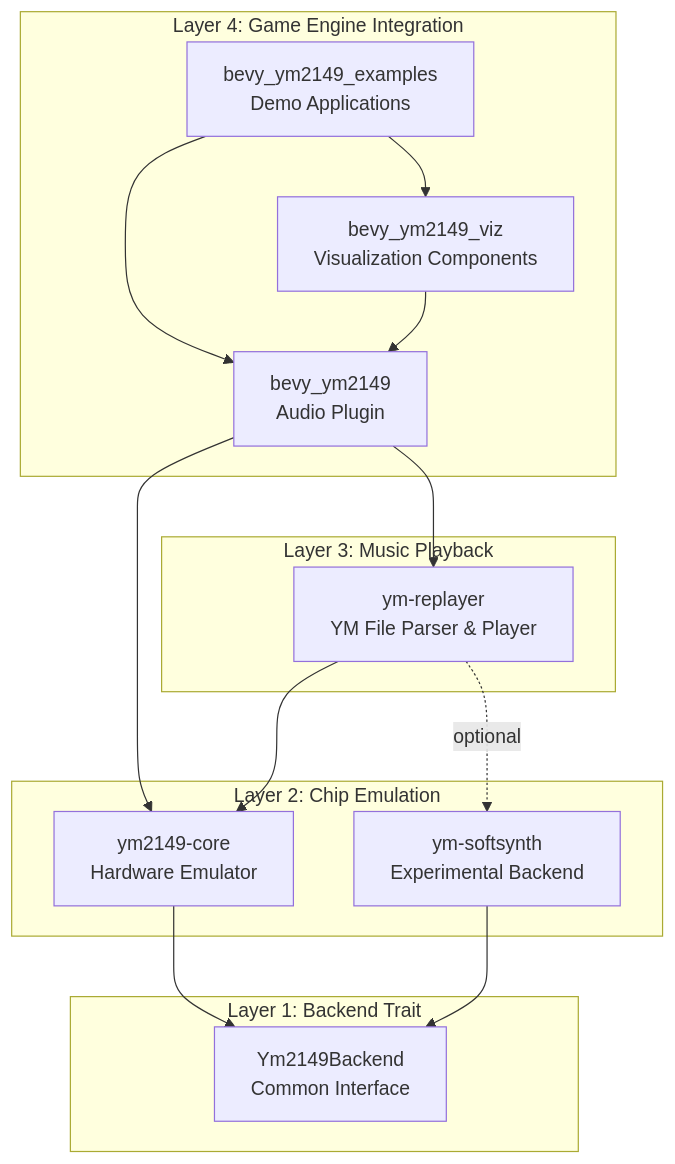
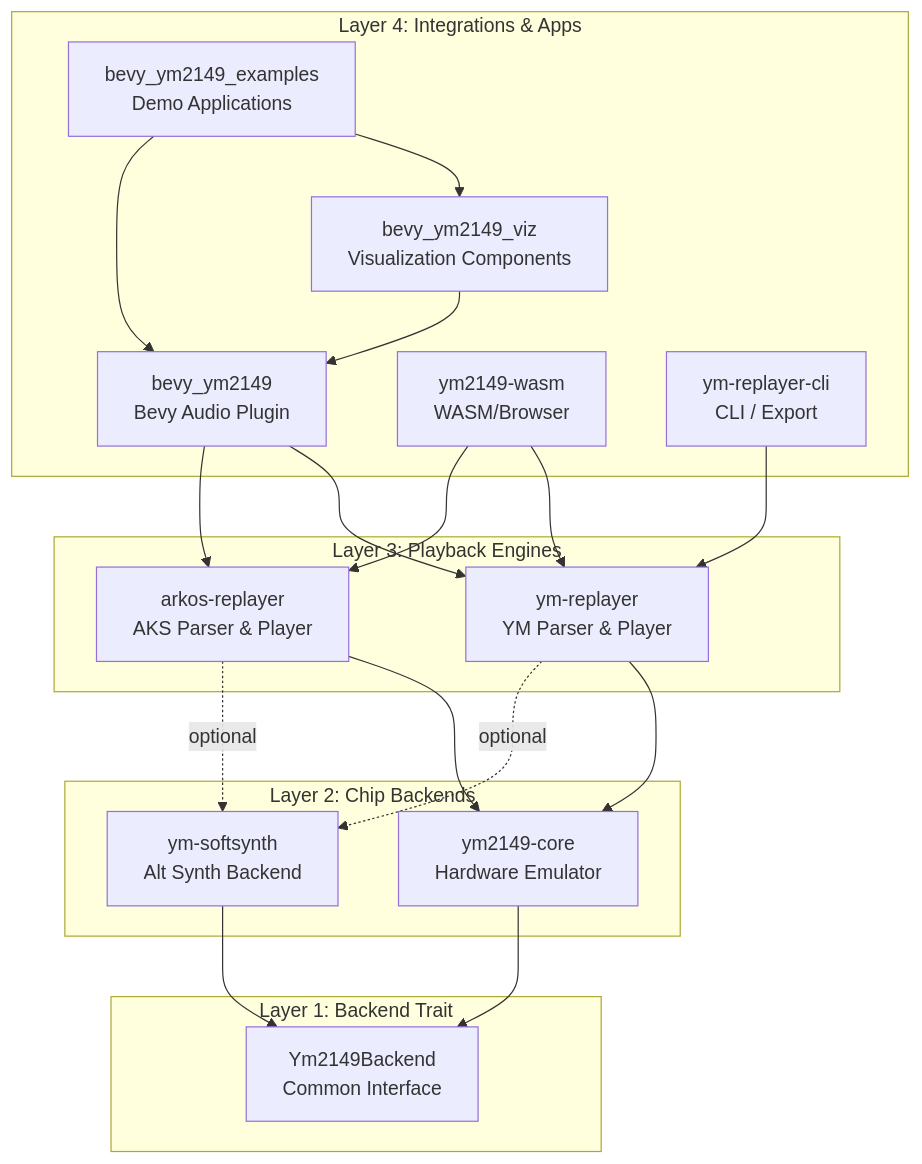
The first of 4 diagrams in ARCHITECTURE.md (slippyex/ym2149-rs), drawn with Mermaid before and after one commit. The commit also changed other lines of this file and 9 other files, not shown here.

````diff
--- a/ARCHITECTURE.md
+++ b/ARCHITECTURE.md
@@ -11,31 +11,39 @@
 ```mermaid
 graph TB
-    subgraph "Layer 4: Game Engine Integration"
+    subgraph "Layer 4: Integrations & Apps"
         BEVY_EX["bevy_ym2149_examples<br/>Demo Applications"]
         BEVY_VIZ["bevy_ym2149_viz<br/>Visualization Components"]
-        BEVY["bevy_ym2149<br/>Audio Plugin"]
+        BEVY["bevy_ym2149<br/>Bevy Audio Plugin"]
+        WASM["ym2149-wasm<br/>WASM/Browser"]
+        CLI["ym-replayer-cli<br/>CLI / Export"]
     end
 
-    subgraph "Layer 3: Music Playback"
-        REPLAYER["ym-replayer<br/>YM File Parser & Player"]
+    subgraph "Layer 3: Playback Engines"
+        REPLAYER["ym-replayer<br/>YM Parser & Player"]
+        ARKOS["arkos-replayer<br/>AKS Parser & Player"]
     end
 
-    subgraph "Layer 2: Chip Emulation"
+    subgraph "Layer 2: Chip Backends"
         YM2149["ym2149-core<br/>Hardware Emulator"]
-        SOFTSYNTH["ym-softsynth<br/>Experimental Backend"]
+        SOFTSYNTH["ym-softsynth<br/>Alt Synth Backend"]
     end
 
     subgraph "Layer 1: Backend Trait"
         TRAIT["Ym2149Backend<br/>Common Interface"]
     end
 
     BEVY_EX --> BEVY_VIZ
     BEVY_EX --> BEVY
     BEVY_VIZ --> BEVY
     BEVY --> REPLAYER
-    BEVY --> YM2149
+    BEVY --> ARKOS
+    WASM --> REPLAYER
+    WASM --> ARKOS
+    CLI --> REPLAYER
     REPLAYER --> YM2149
     REPLAYER -.optional.-> SOFTSYNTH
+    ARKOS --> YM2149
+    ARKOS -.optional.-> SOFTSYNTH
     YM2149 --> TRAIT
     SOFTSYNTH --> TRAIT
 ```
````
